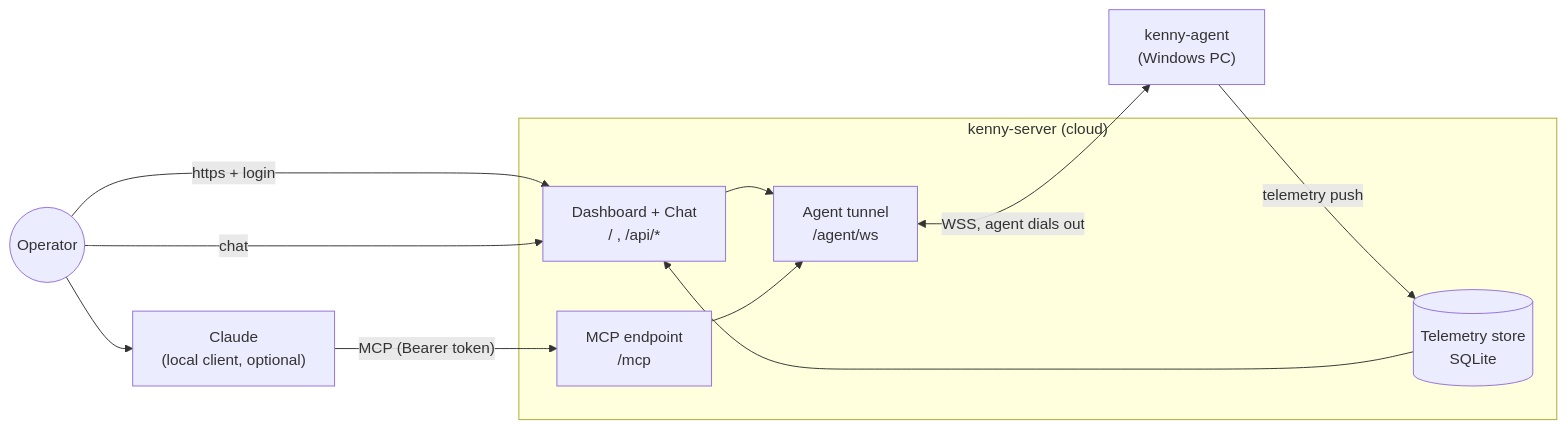
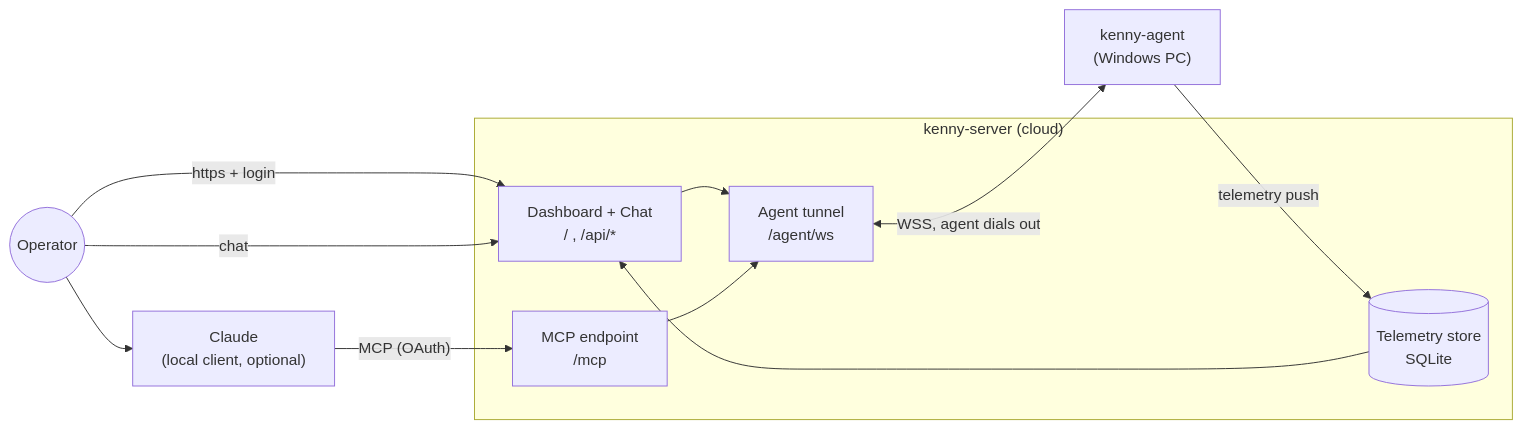
One commit to nullthrone/kenny changed the first of 4 diagrams in docs/user-guide.md. Above: the diagram before and after it, drawn with Mermaid. The commit also changed other lines of this file and 21 other files, not shown here.

First line of the commit message:
Add OAuth 2.1 flow for the MCP connector (Claude Desktop)

````diff
--- a/docs/user-guide.md
+++ b/docs/user-guide.md
@@ -26,21 +26,21 @@
 ```mermaid
 flowchart LR
   Operator(("Operator"))
   subgraph Server["kenny-server (cloud)"]
     UI["Dashboard + Chat<br/>/ , /api/*"]
     MCP["MCP endpoint<br/>/mcp"]
     Tunnel["Agent tunnel<br/>/agent/ws"]
     Store[("Telemetry store<br/>SQLite")]
   end
   Claude["Claude<br/>(local client, optional)"]
   Agent["kenny-agent<br/>(Windows PC)"]
 
   Operator -->|"https + login"| UI
   Operator -->|"chat"| UI
-  Operator --> Claude -->|"MCP (Bearer token)"| MCP
+  Operator --> Claude -->|"MCP (OAuth)"| MCP
   UI --> Tunnel
   MCP --> Tunnel
   Tunnel <-->|"WSS, agent dials out"| Agent
   Agent -->|"telemetry push"| Store
   Store --> UI
 ```
````
